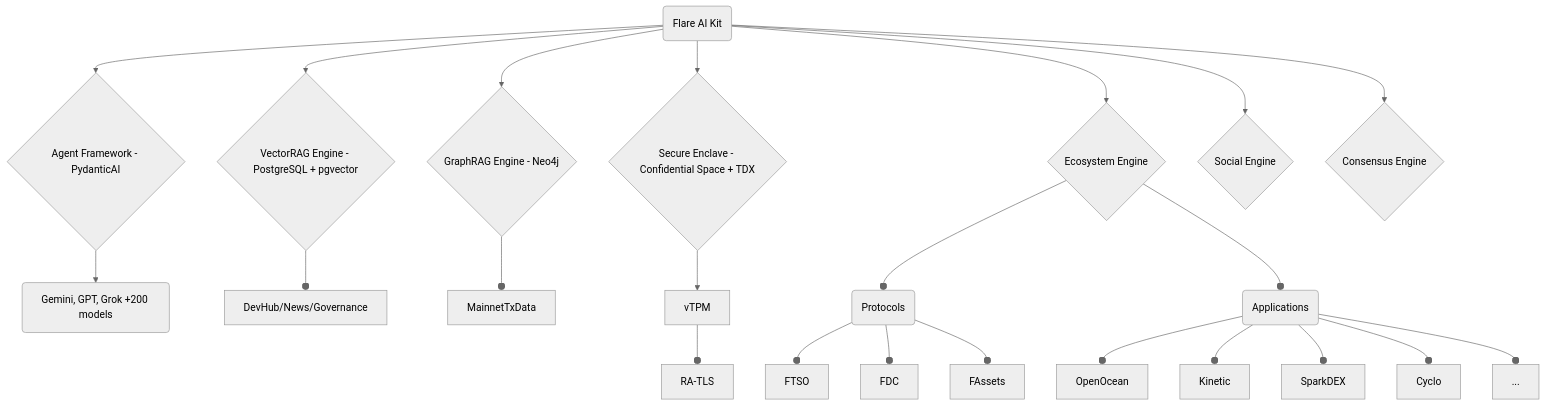
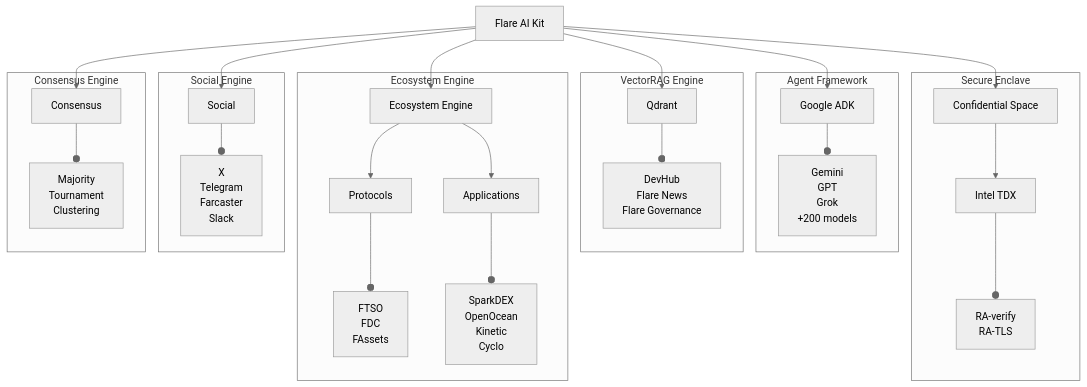
Before and after one commit to flare-foundation/flare-ai-kit: the diagram in README.md, drawn with Mermaid (neutral theme). The commit also changed other lines of this file and 3 other files, not shown here.

````diff
--- a/README.md
+++ b/README.md
@@ -24,32 +24,52 @@
 ```mermaid
-graph TD
-    A(Flare AI Kit)
-    A --> B{Agent Framework - PydanticAI}
-    A --> C{VectorRAG Engine - PostgreSQL + pgvector}
-    A --> D{GraphRAG Engine - Neo4j}
-    A --> E{Secure Enclave - Confidential Space + TDX}
-    A --> F{Ecosystem Engine}
-    A --> G{Social Engine}
-    A --> H{Consensus Engine}
+flowchart TD
+    A["Flare AI Kit"]
 
-    B --> I(Gemini, GPT, Grok +200 models)
+    %% Agent Framework subgraph
+    subgraph AgentFramework["Agent Framework"]
+        B["Google ADK"]
+        B --o LLM["Gemini<br>GPT<br>Grok<br>+200 models"]
+    end
 
-    C --o DevHub/News/Governance
+    %% VectorRAG Engine subgraph
+    subgraph VectorRAG["VectorRAG Engine"]
+        C["Qdrant"]
+        C --o SOURCE[DevHub<br>Flare News<br>Flare Governance]
+    end
 
-    D --o MainnetTxData
+    %% Secure Enclave subgraph
+    subgraph SecureEnclave["Secure Enclave"]
+        E["Confidential Space"]
+        E --> HW[Intel TDX]
+        HW --o RA[RA-verify<br>RA-TLS]
+    end
 
-    E --> vTPM
-    vTPM --o RA-TLS
+    %% Ecosystem Engine subgraph
+    subgraph EcosystemEngine["Ecosystem Engine"]
+        F[Ecosystem Engine]
+        F --> PR[Protocols]
+        PR --o PROTOS["FTSO<br>FDC<br>FAssets"]
+        F --> AP[Applications]
+        AP --o APPS[SparkDEX<br>OpenOcean<br>Kinetic<br>Cyclo]
+    end
 
-    F --o M(Protocols)
-    M --o FTSO
-    M --o FDC
-    M --o FAssets
+    %% Social Engine subgraph
+    subgraph SocialEngine["Social Engine"]
+        G["Social"]
+        G --o SOC["X<br>Telegram<br>Farcaster<br>Slack"]
+    end
 
-    F --o L(Applications)
-    L --o OpenOcean
-    L --o Kinetic
-    L --o SparkDEX
-    L --o Cyclo
-    L --o ...
+    %% Consensus Engine subgraph
+    subgraph ConsensusEngine["Consensus Engine"]
+        H["Consensus"]
+        H --o ALGOS[Majority<br>Tournament<br>Clustering]
+    end
+
+    %% Connections to Flare AI Kit central node
+    A --> B
+    A --> C
+    A --> E
+    A --> F
+    A --> G
+    A --> H
 ```
````
